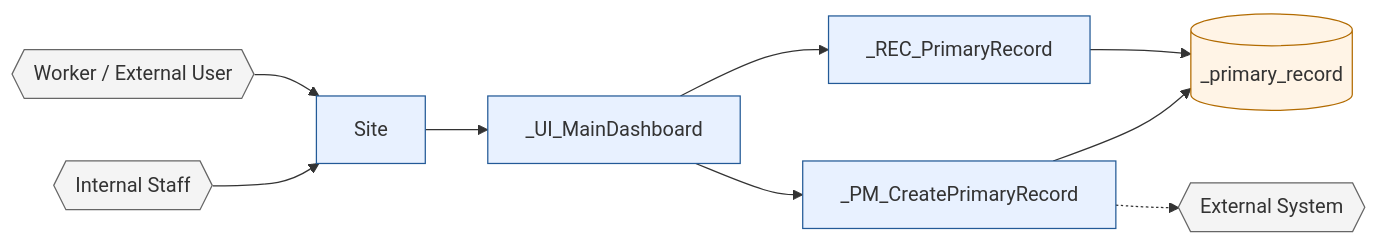
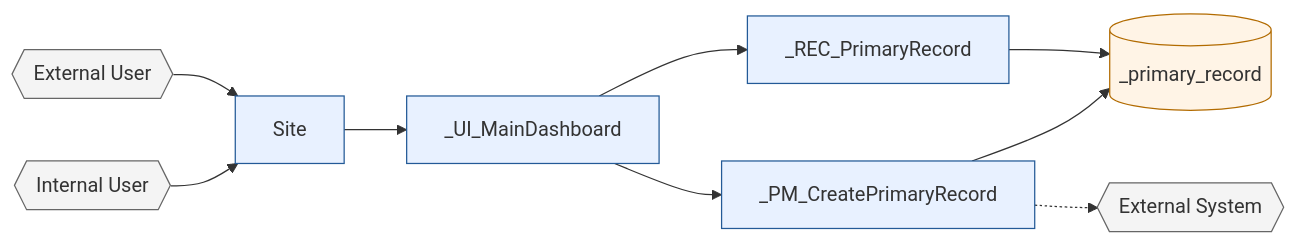
One commit to ankitBhaskar/appianTestCode changed the first of 7 diagrams in docs/appian-26-4/templates/ARCHITECTURE_DOCUMENT_TEMPLATE.md. Above: the diagram before and after it, drawn with Mermaid. The commit also changed other lines of this file, not shown here.

Commit message:
Remove LSC examples from architecture template

````diff
--- a/docs/appian-26-4/templates/ARCHITECTURE_DOCUMENT_TEMPLATE.md
+++ b/docs/appian-26-4/templates/ARCHITECTURE_DOCUMENT_TEMPLATE.md
@@ -293,14 +224,14 @@
 ```mermaid
 flowchart LR
-  Worker{{"Worker / External User"}}:::external --> Site["<PREFIX> Site"]:::appian
-  Staff{{"Internal Staff"}}:::external --> Site
+  ExternalUser{{"External User"}}:::external --> Site["<PREFIX> Site"]:::appian
+  InternalUser{{"Internal User"}}:::external --> Site
   Site --> Dashboard["<PREFIX>_UI_MainDashboard"]:::appian
   Dashboard --> PrimaryRecord["<PREFIX>_REC_PrimaryRecord"]:::appian
   Dashboard --> CreatePM["<PREFIX>_PM_CreatePrimaryRecord"]:::appian
   PrimaryRecord --> MainTable[("<database_prefix>_primary_record")]:::data
   CreatePM --> MainTable
   CreatePM -.-> ExternalSystem{{"External System"}}:::external
   classDef appian fill:#e8f1ff,stroke:#235a97,stroke-width:1px
   classDef data fill:#fff4e6,stroke:#b26b00,stroke-width:1px
   classDef external fill:#f4f4f4,stroke:#666,stroke-width:1px
 ```
````
